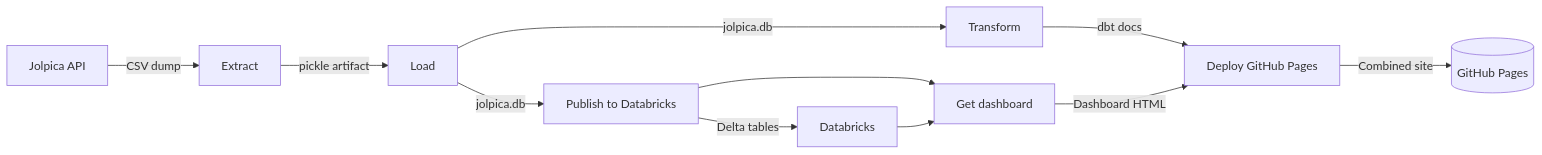
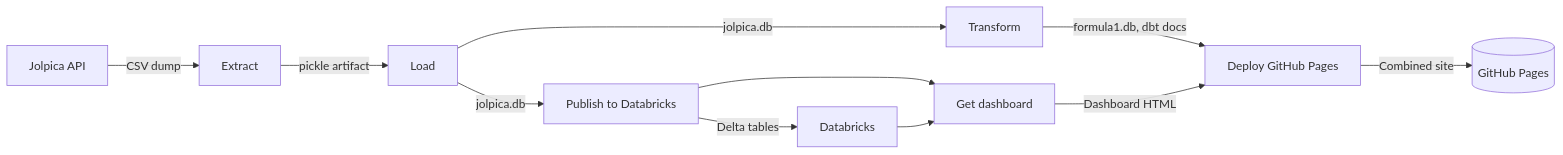
Before and after one commit to jmr-lab/f1-elt-pipeline: the first of 2 diagrams in README.md, drawn with Mermaid.

````diff
--- a/README.md
+++ b/README.md
@@ -28,13 +28,13 @@
 ```mermaid
 flowchart LR
     A[Jolpica API] -->|CSV dump| B[Extract]
     B -->|pickle artifact| C[Load]
     C -->|jolpica.db| D[Transform]
     C -->|jolpica.db| F[Publish to Databricks]
-    D -->|dbt docs| H[Deploy GitHub Pages]
+    D -->|formula1.db, dbt docs| H[Deploy GitHub Pages]
     F -->|Delta tables| G[Databricks]
     F --> I[Get dashboard]
     G --> I
     I -->|Dashboard HTML| H
     H -->|Combined site| J[(GitHub Pages)]
 ```
````
